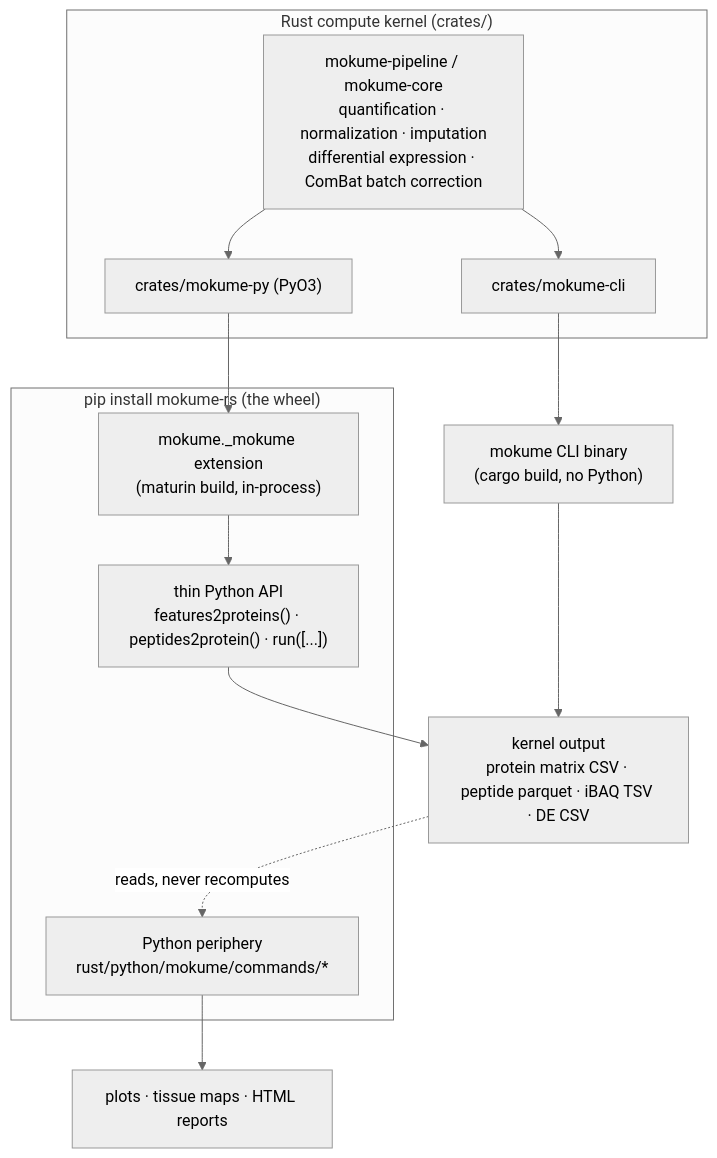
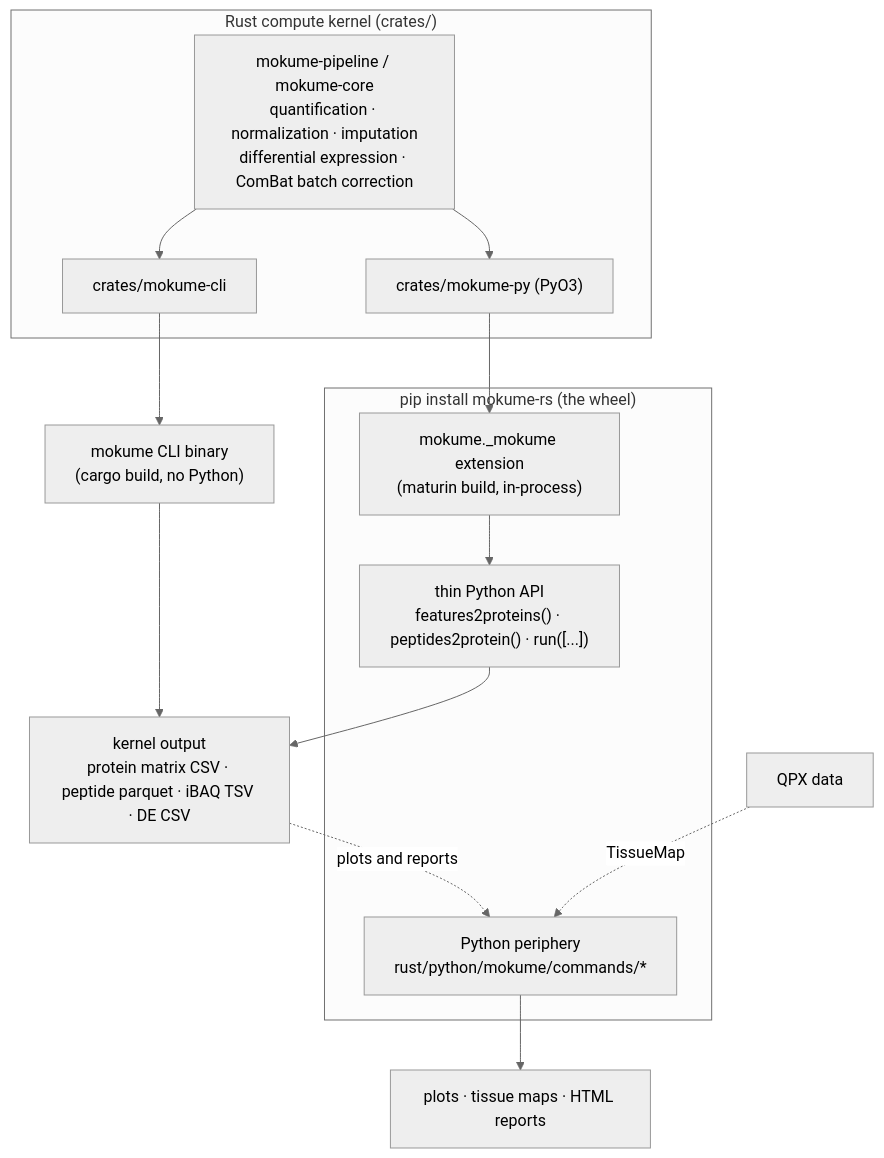
Before and after one commit to Shen-YuFei/mokume: the diagram in docs/architecture.md, drawn with Mermaid (neutral theme). The commit also changed other lines of this file and 37 other files, not shown here.

````diff
--- a/docs/architecture.md
+++ b/docs/architecture.md
@@ -21,28 +21,30 @@
 ```mermaid
 flowchart TB
     subgraph rust["Rust compute kernel (crates/)"]
         crates["mokume-pipeline / mokume-core<br/>quantification · normalization · imputation<br/>differential expression · ComBat batch correction"]
         cli_crate["crates/mokume-cli"]
         py_crate["crates/mokume-py (PyO3)"]
         crates --> cli_crate
         crates --> py_crate
     end
 
     bin["mokume CLI binary<br/>(cargo build, no Python)"]
     ext["mokume._mokume extension<br/>(maturin build, in-process)"]
     cli_crate --> bin
     py_crate --> ext
 
     subgraph wheel["pip install mokume-rs (the wheel)"]
         ext
         api["thin Python API<br/>features2proteins() · peptides2protein() · run([...])"]
         periphery["Python periphery<br/>rust/python/mokume/commands/*"]
         ext --> api
     end
 
     out["kernel output<br/>protein matrix CSV · peptide parquet · iBAQ TSV · DE CSV"]
+    qpx["QPX data"]
     bin --> out
     api --> out
-    out -. reads, never recomputes .-> periphery
+    out -. plots and reports .-> periphery
+    qpx -. TissueMap .-> periphery
     periphery --> figs["plots · tissue maps · HTML reports"]
 ```
````
